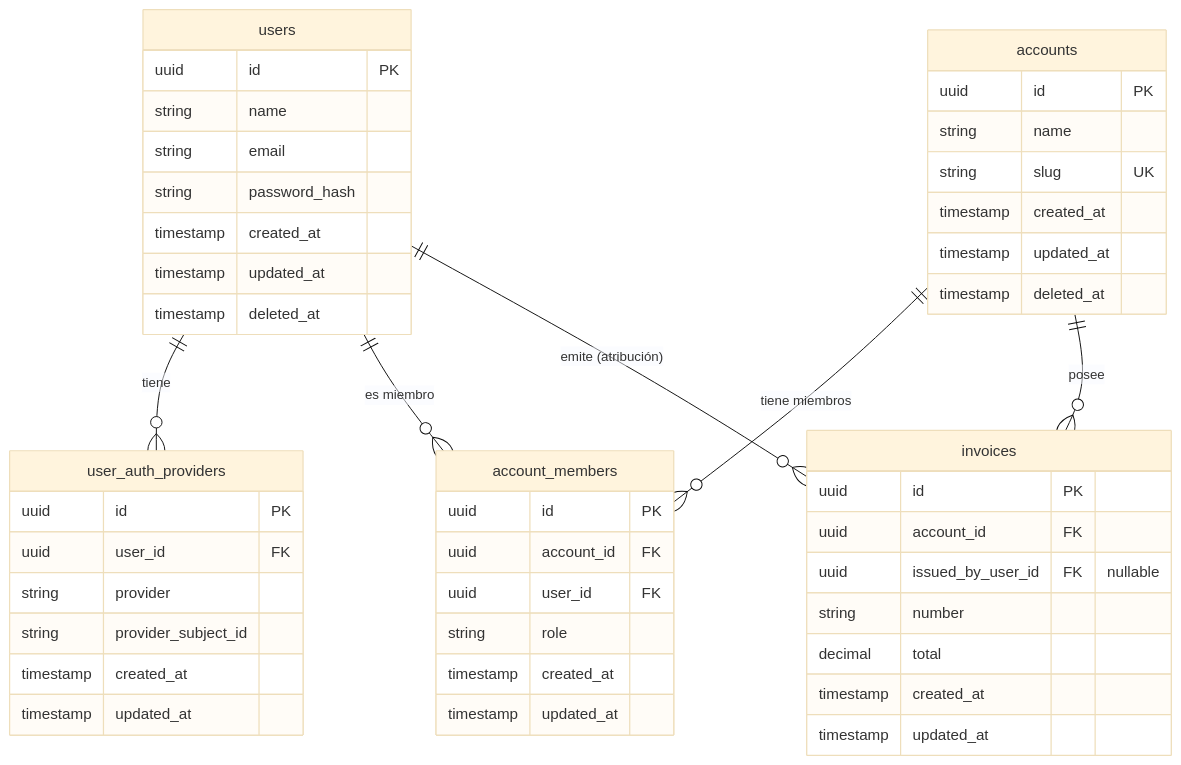
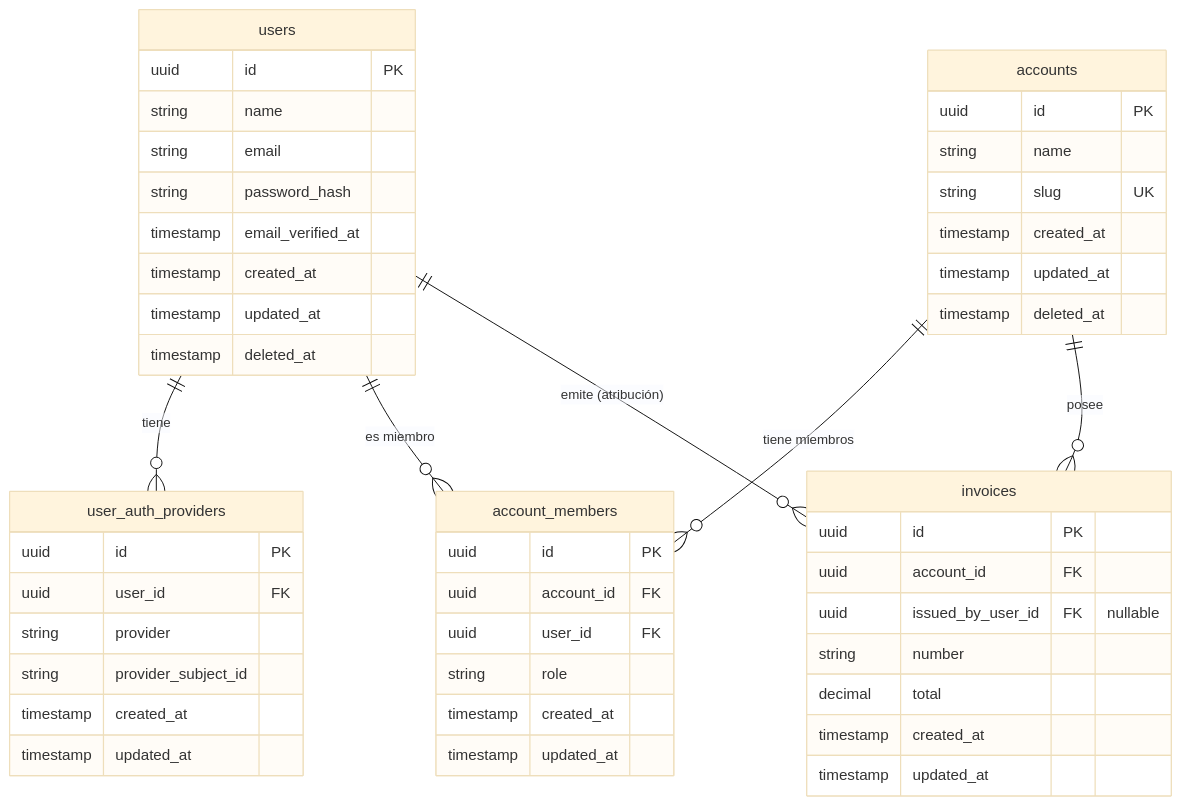
One commit to cloudflax/api.cloudflax changed the second of 2 diagrams in docs/ACCOUNTS_AND_DATA_OWNERSHIP.md. Above: the diagram before and after it, drawn with Mermaid (base theme). The commit also changed other lines of this file, not shown here.

First line of the commit message:
Revise accounts and data ownership documentation to enhance user registration flow

````diff
--- a/docs/ACCOUNTS_AND_DATA_OWNERSHIP.md
+++ b/docs/ACCOUNTS_AND_DATA_OWNERSHIP.md
@@ -117,55 +111,56 @@
 ```mermaid
 erDiagram
     users ||--o{ user_auth_providers : "tiene"
     users ||--o{ account_members : "es miembro"
     accounts ||--o{ account_members : "tiene miembros"
     accounts ||--o{ invoices : "posee"
     users ||--o{ invoices : "emite (atribución)"
 
     users {
         uuid id PK
         string name
         string email
         string password_hash
+        timestamp email_verified_at
         timestamp created_at
         timestamp updated_at
         timestamp deleted_at
     }
 
     user_auth_providers {
         uuid id PK
         uuid user_id FK
         string provider
         string provider_subject_id
         timestamp created_at
         timestamp updated_at
     }
 
     accounts {
         uuid id PK
         string name
         string slug UK
         timestamp created_at
         timestamp updated_at
         timestamp deleted_at
     }
 
     account_members {
         uuid id PK
         uuid account_id FK
         uuid user_id FK
         string role
         timestamp created_at
         timestamp updated_at
     }
 
     invoices {
         uuid id PK
         uuid account_id FK
         uuid issued_by_user_id FK "nullable"
         string number
         decimal total
         timestamp created_at
         timestamp updated_at
     }
 ```
````
